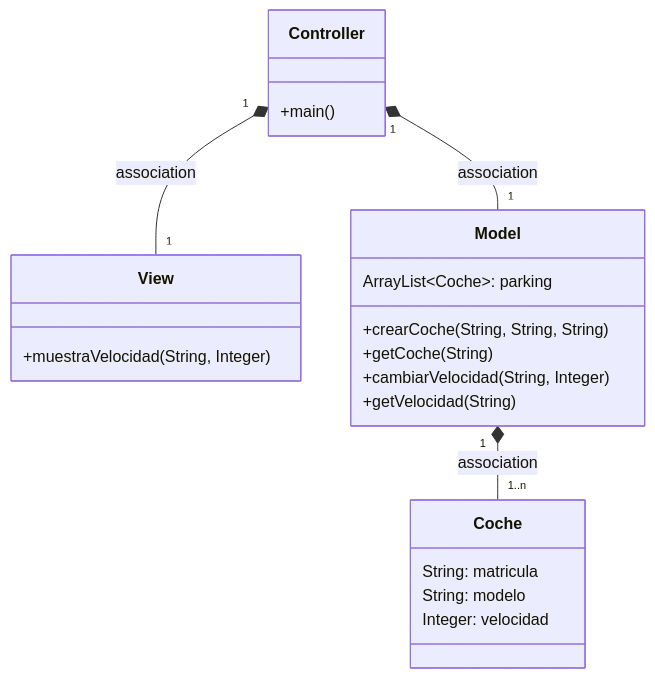
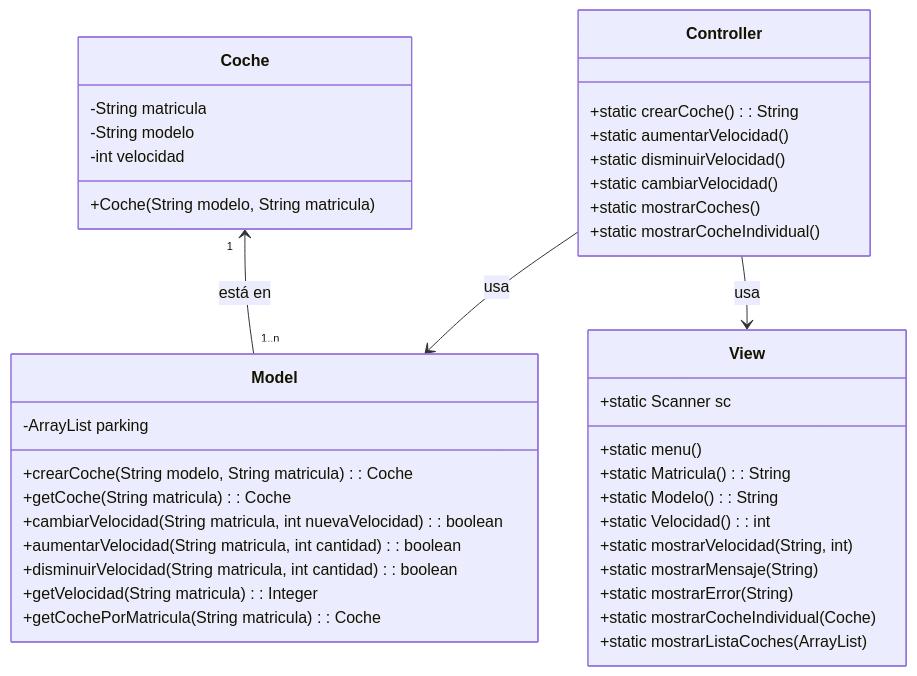
One commit to shermidagre/COD changed the first of 2 diagrams in Readme.md. Above: the diagram before and after it, drawn with Mermaid.

Commit message:
Diagrama de clases

````diff
--- a/Readme.md
+++ b/Readme.md
@@ -8,23 +8,47 @@
 ```mermaid
 classDiagram
     class Coche {
-        String: matricula
-        String: modelo
-        Integer: velocidad
+        -String matricula
+        -String modelo
+        -int velocidad
+        +Coche(String modelo, String matricula)
     }
-      class Controller{
-          +main()
-      }
-      class View {+muestraVelocidad(String, Integer)}
-      class Model {
-          ArrayList~Coche~: parking
-          +crearCoche(String, String, String)
-          +getCoche(String)
-          +cambiarVelocidad(String, Integer)
-          +getVelocidad(String)
-      }
-    Controller "1" *-- "1" Model : association
-    Controller "1" *-- "1" View : association
-    Model "1" *-- "1..n" Coche : association
+
+    class Model {
+        -ArrayList<Coche> parking
+        +crearCoche(String modelo, String matricula) : Coche
+        +getCoche(String matricula) : Coche
+        +cambiarVelocidad(String matricula, int nuevaVelocidad) : boolean
+        +aumentarVelocidad(String matricula, int cantidad) : boolean
+        +disminuirVelocidad(String matricula, int cantidad) : boolean
+        +getVelocidad(String matricula) : Integer
+        +getCochePorMatricula(String matricula) : Coche
+    }
+
+    class Controller {
+        +static crearCoche() : String
+        +static aumentarVelocidad()
+        +static disminuirVelocidad()
+        +static cambiarVelocidad()
+        +static mostrarCoches()
+        +static mostrarCocheIndividual()
+    }
+
+    class View {
+        +static Scanner sc
+        +static menu()
+        +static Matricula() : String
+        +static Modelo() : String
+        +static Velocidad() : int
+        +static mostrarVelocidad(String, int)
+        +static mostrarMensaje(String)
+        +static mostrarError(String)
+        +static mostrarCocheIndividual(Coche)
+        +static mostrarListaCoches(ArrayList<Coche>)
+    }
+
+    Coche "1" <-- "1..n" Model : está en
+    Controller --> Model : usa
+    Controller --> View : usa
       
 ```
````
